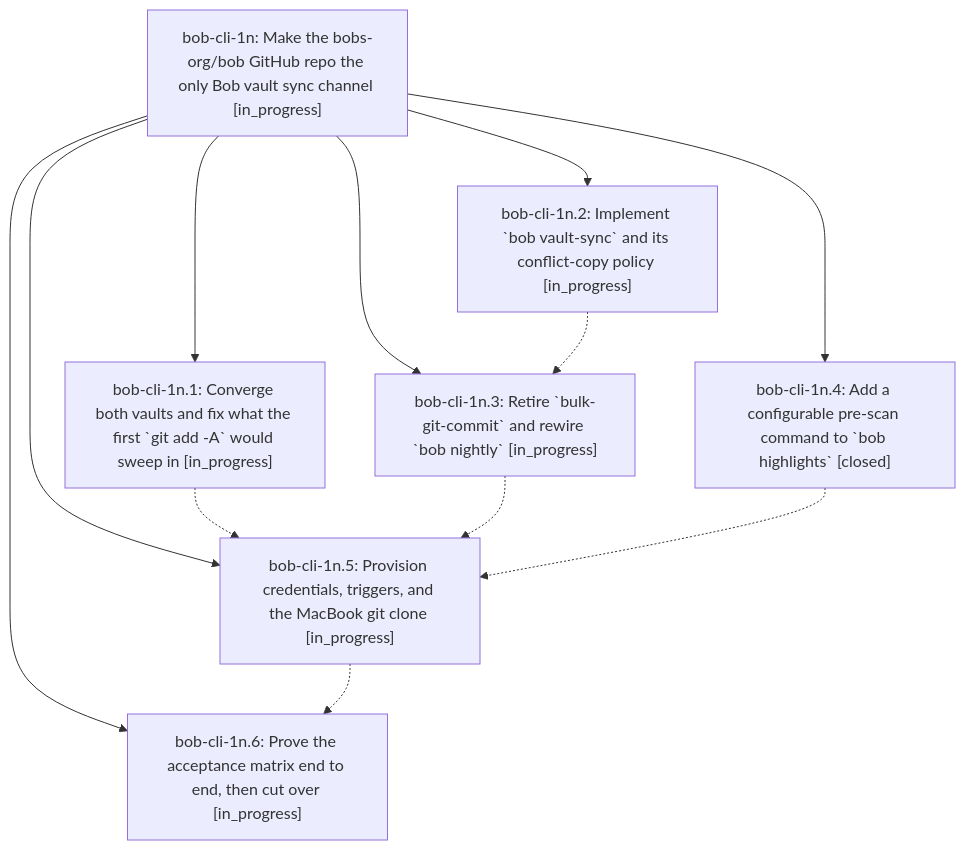
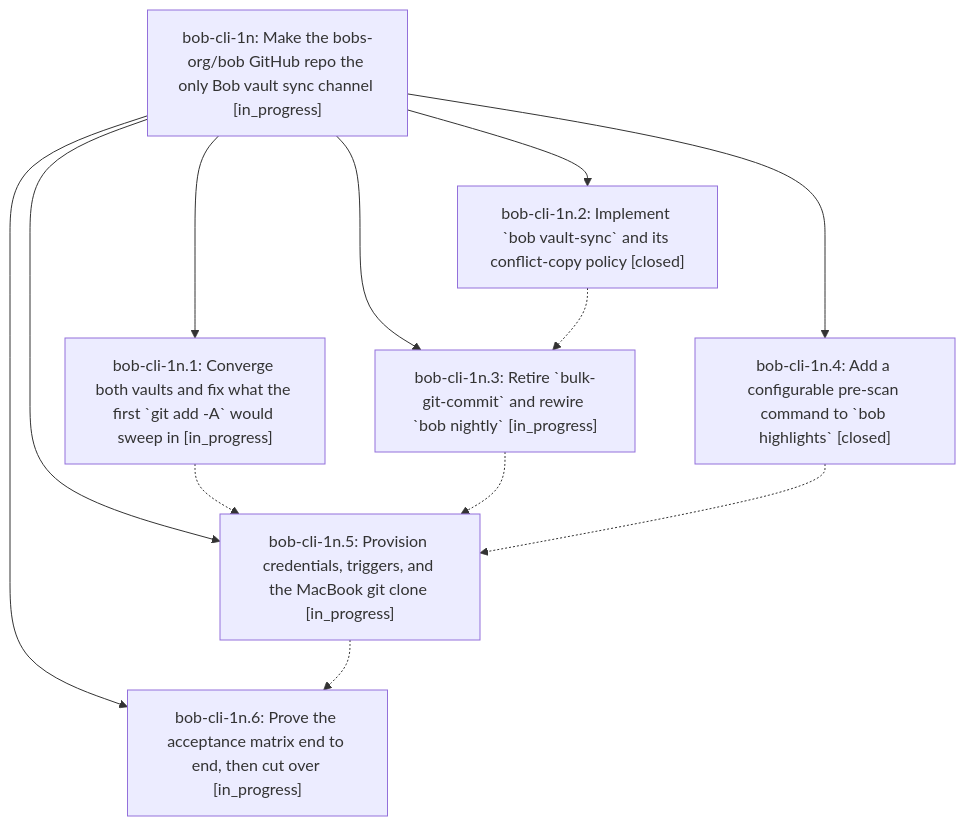
The diagram in pages/bob-cli-1n/README.md (bobs-org/bob-cli--beads), drawn with Mermaid before and after one commit. The commit also changed other lines of this file and 3 other files, not shown here.

First line of the commit message:
chore(beads): sync bead state and pages for bob-cli-1n

````diff
--- a/pages/bob-cli-1n/README.md
+++ b/pages/bob-cli-1n/README.md
@@ -39,21 +39,21 @@
 ```mermaid
 flowchart TD
     n0["bob-cli-1n: Make the bobs-org/bob GitHub repo the only Bob vault sync channel [in_progress]"]
     n1["bob-cli-1n.1: Converge both vaults and fix what the first `git add -A` would sweep in [in_progress]"]
-    n2["bob-cli-1n.2: Implement `bob vault-sync` and its conflict-copy policy [in_progress]"]
+    n2["bob-cli-1n.2: Implement `bob vault-sync` and its conflict-copy policy [closed]"]
     n3["bob-cli-1n.3: Retire `bulk-git-commit` and rewire `bob nightly` [in_progress]"]
     n4["bob-cli-1n.4: Add a configurable pre-scan command to `bob highlights` [closed]"]
     n5["bob-cli-1n.5: Provision credentials, triggers, and the MacBook git clone [in_progress]"]
     n6["bob-cli-1n.6: Prove the acceptance matrix end to end, then cut over [in_progress]"]
     n0 --> n1
     n0 --> n2
     n0 --> n3
     n0 --> n4
     n0 --> n5
     n0 --> n6
     n1 -.-> n5
     n2 -.-> n3
     n3 -.-> n5
     n4 -.-> n5
     n5 -.-> n6
 ```
````
